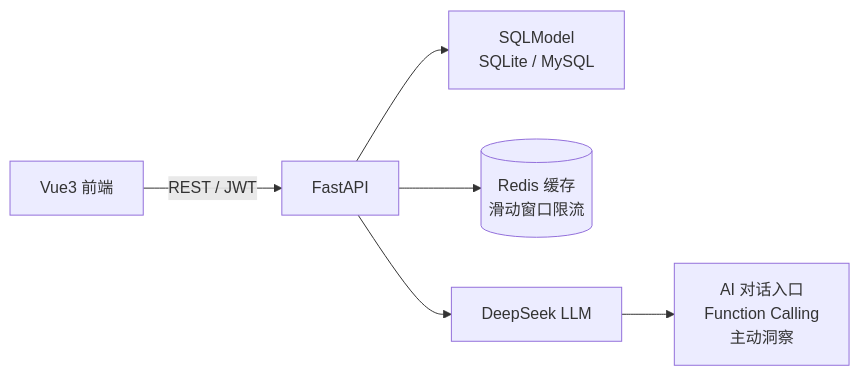
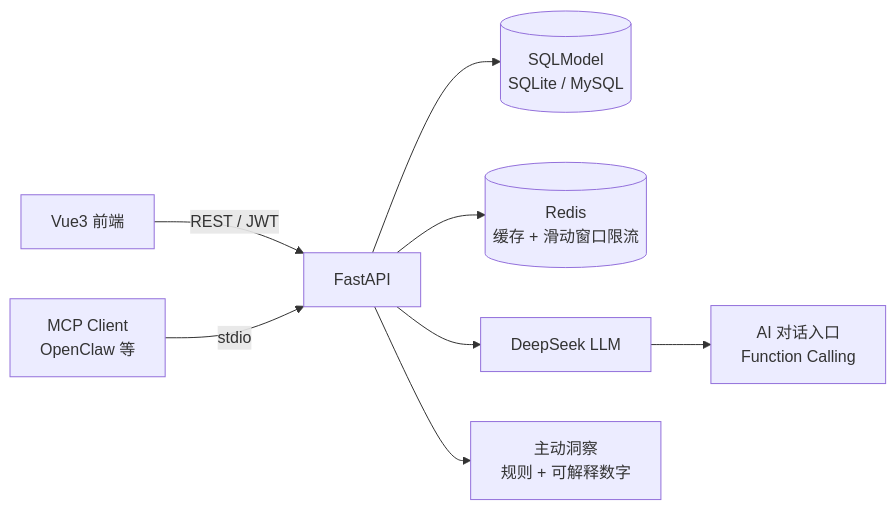
One commit to hpx123300/money-mate changed the diagram in README.md. Above: the diagram before and after it, drawn with Mermaid. The commit also changed other lines of this file, not shown here.

````diff
--- a/README.md
+++ b/README.md
@@ -45,8 +142,10 @@
 ```mermaid
 flowchart LR
     V[Vue3 前端] -->|REST / JWT| A[FastAPI]
-    A --> S[SQLModel<br/>SQLite / MySQL]
-    A --> R[(Redis 缓存<br/>滑动窗口限流)]
+    A --> S[(SQLModel<br/>SQLite / MySQL)]
+    A --> R[(Redis<br/>缓存 + 滑动窗口限流)]
     A --> L[DeepSeek LLM]
-    L --> P[AI 对话入口<br/>Function Calling<br/>主动洞察]
+    L --> P[AI 对话入口<br/>Function Calling]
+    A --> I[主动洞察<br/>规则 + 可解释数字]
+    M[MCP Client<br/>OpenClaw 等] -->|stdio| A
 ```
````
